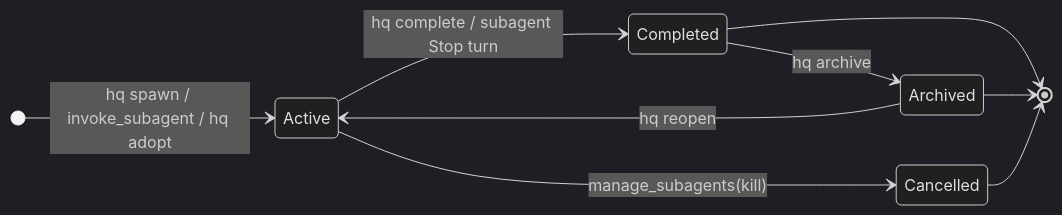
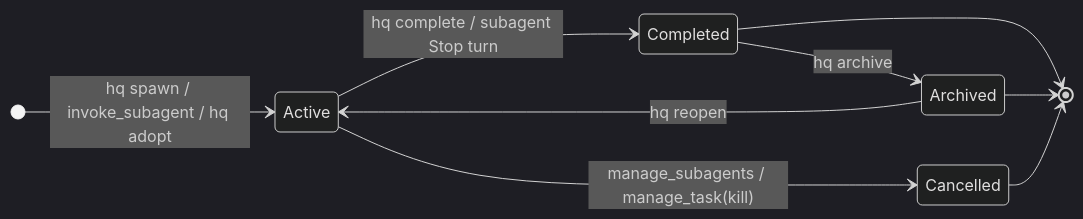
One commit to zjshen14/agy-hq changed the third of 4 diagrams in docs/architecture.md. Above: the diagram before and after it, drawn with Mermaid (dark theme). The commit also changed other lines of this file and 168 other files, not shown here.

````diff
--- a/docs/architecture.md
+++ b/docs/architecture.md
@@ -112,12 +114,12 @@
 ```mermaid
 stateDiagram-v2
     direction LR
     [*] --> Active: hq spawn / invoke_subagent / hq adopt
     Active --> Completed: hq complete / subagent Stop turn
     Completed --> Archived: hq archive
     Archived --> Active: hq reopen
-    Active --> Cancelled: manage_subagents(kill)
+    Active --> Cancelled: manage_subagents / manage_task(kill)
     Completed --> [*]
     Archived --> [*]
     Cancelled --> [*]
 ```
````
